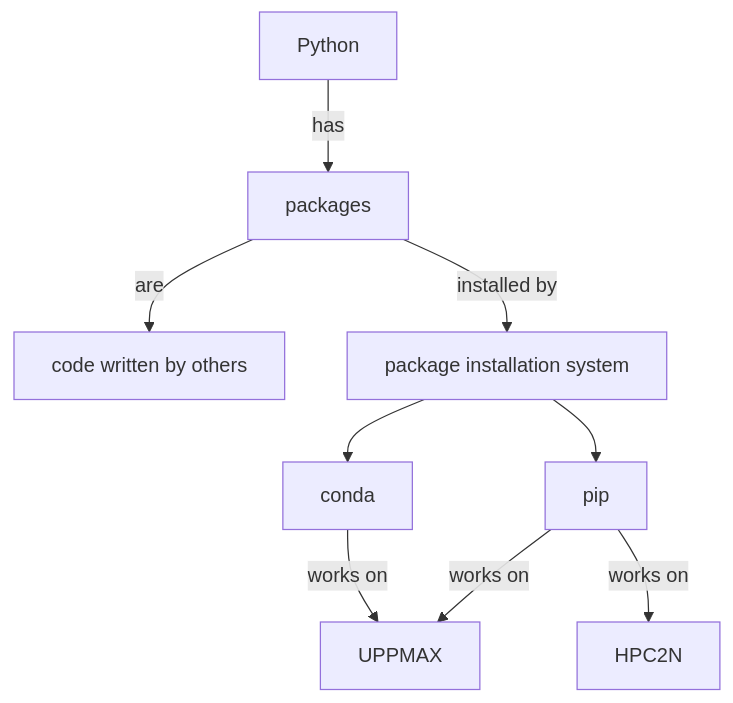
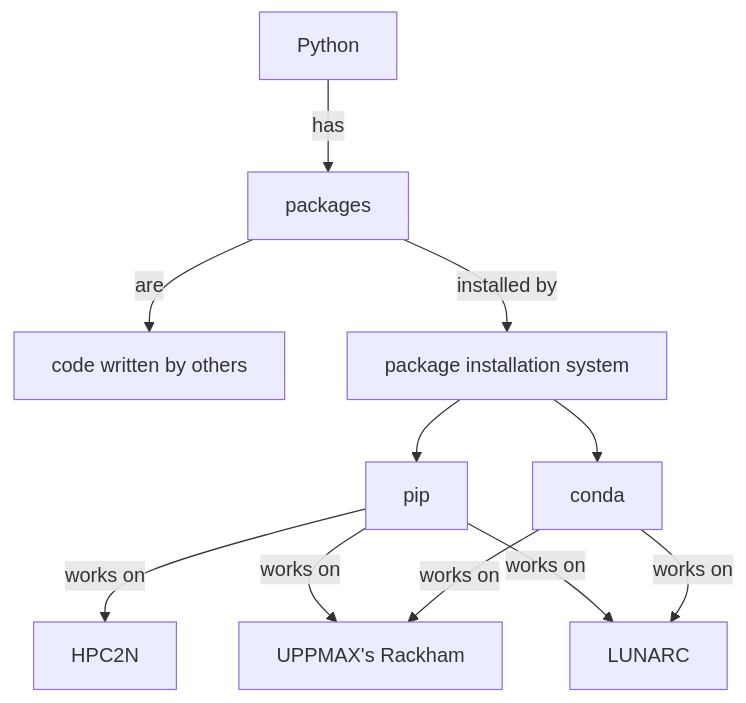
Before and after one commit to UPPMAX/R-python-julia-matlab-HPC: the diagram in docs/python/package_installers.mmd, drawn with Mermaid. The commit also changed 1 other file, not shown here.

Commit message:
Add LUNARC

```diff
--- a/docs/python/package_installers.mmd
+++ b/docs/python/package_installers.mmd
@@ -1,18 +1,21 @@
 flowchart TD
   python[Python]
   packages[packages]
   code_written_by_others[code written by others]
   package_install_system[package installation system]
   pip[pip]
   conda[conda]
-  uppmax[UPPMAX]
+  uppmax[UPPMAX's Rackham]
   hpc2n[HPC2N]
+  lunarc[LUNARC]
 
   python -->|has| packages
   packages -->|are|code_written_by_others
   packages -->|installed by|package_install_system
   package_install_system --> pip
   package_install_system --> conda
   conda -->|works on|uppmax
+  conda -->|works on|lunarc
   pip -->|works on|uppmax
   pip -->|works on|hpc2n
+  pip -->|works on|lunarc
```
